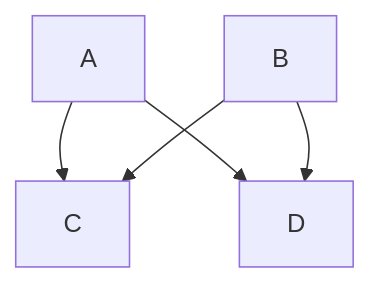
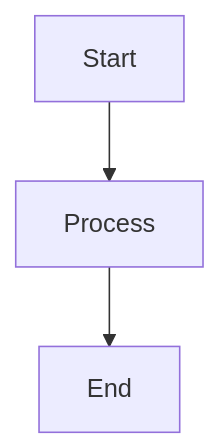
One commit to runkids/claude-skill-registry changed the diagram in skills/data/mermaid/SKILL.md. Above: the diagram before and after it, drawn with Mermaid. The commit also changed other lines of this file and 32122 other files, not shown here.

````diff
--- a/skills/data/mermaid/SKILL.md
+++ b/skills/data/mermaid/SKILL.md
@@ -718,7 +124,5 @@
-```mermaid
-flowchart TB
-    A --> C
-    A --> D
-    B --> C
-    B --> D
-```
+   ```mermaid
+   flowchart TD
+       A[Start] --> B[Process]
+       B --> C[End]
+   ```
````
